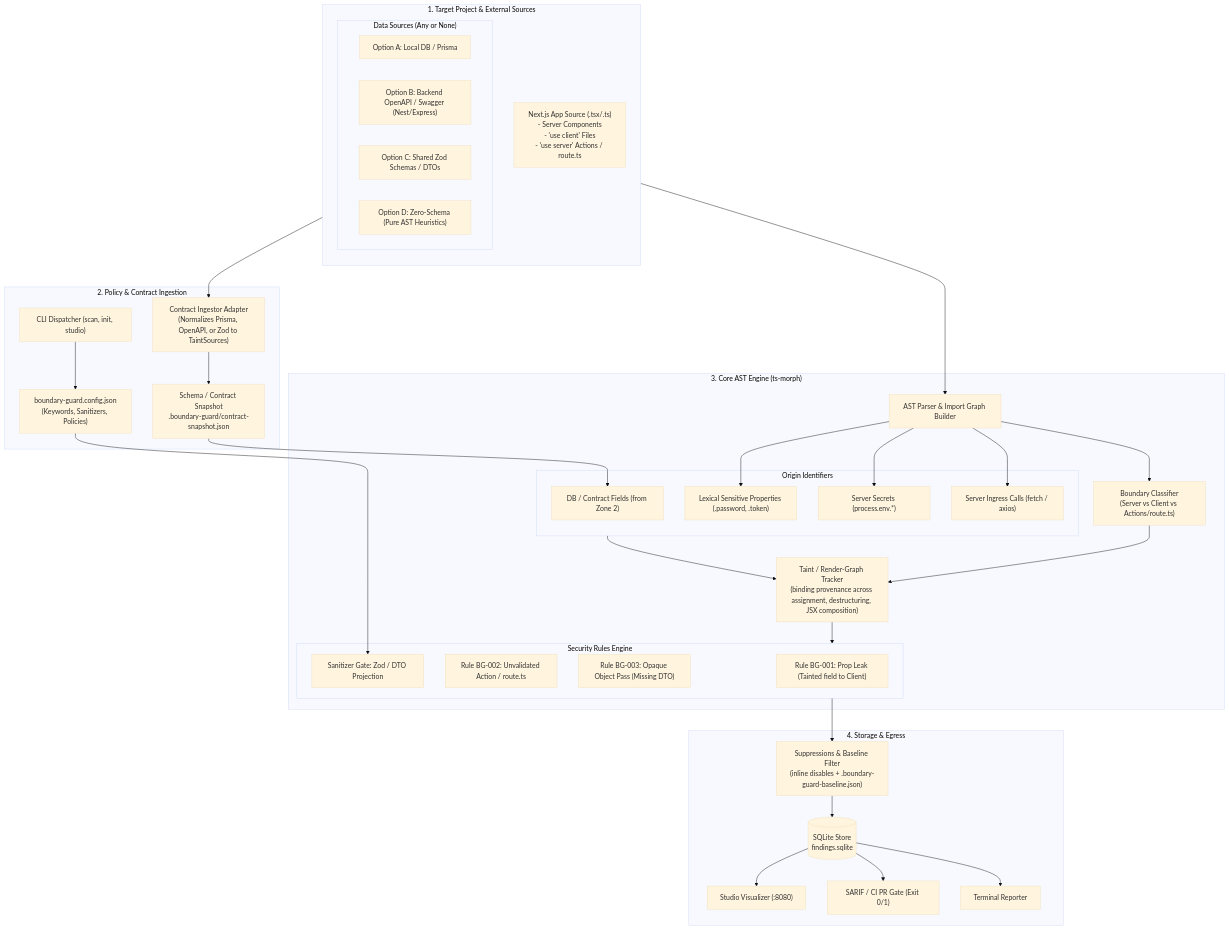
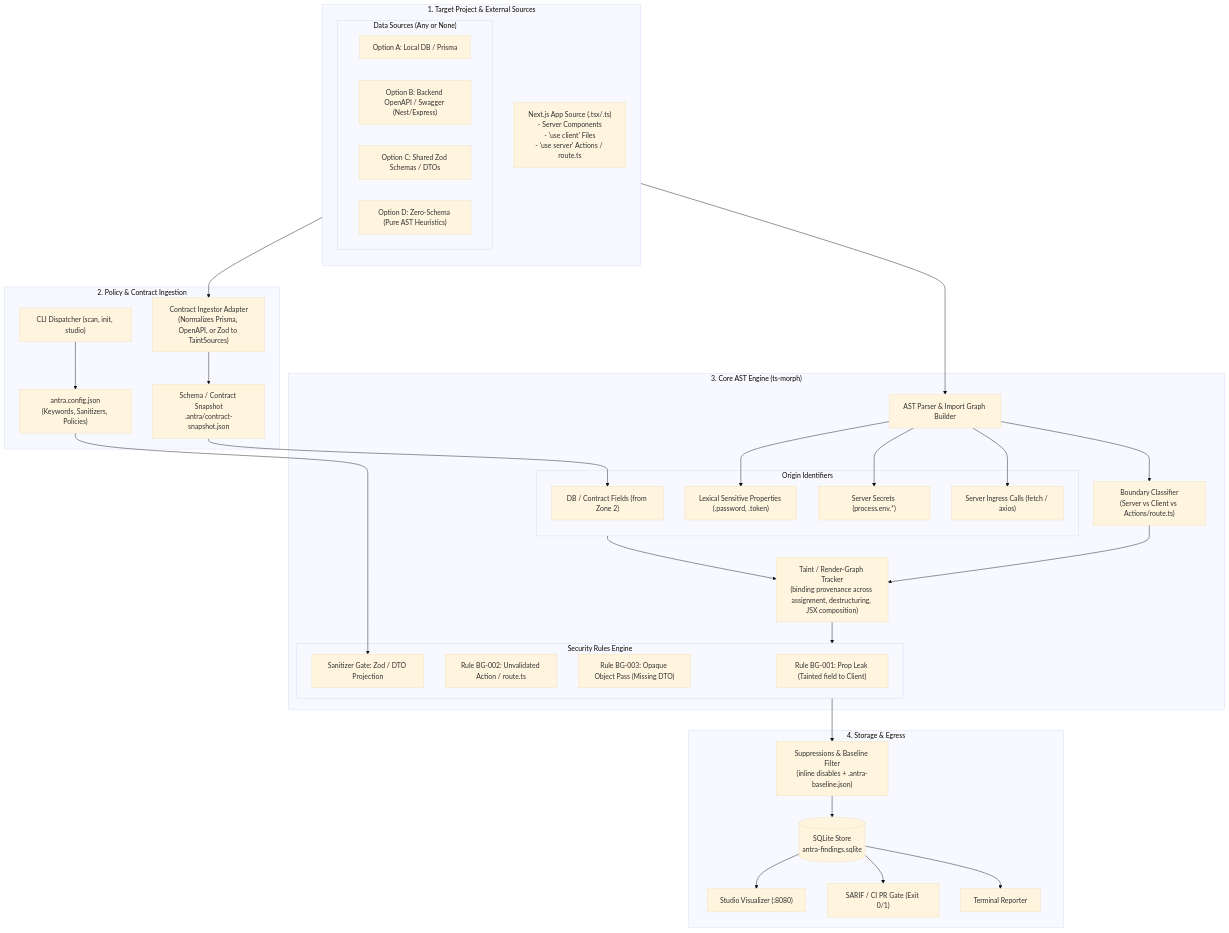
One commit to Ferhatmedtahar/antra-next changed the diagram in docs/c4/system-context.md. Above: the diagram before and after it, drawn with Mermaid. The commit also changed other lines of this file and 221 other files, not shown here.

````diff
--- a/docs/c4/system-context.md
+++ b/docs/c4/system-context.md
@@ -10,65 +10,65 @@
 ```mermaid
 ---
 config:
   theme: base
   layout: dagre
 ---
 flowchart TB
  subgraph Contracts["Data Sources (Any or None)"]
         A2["Option A: Local DB / Prisma"]
         A3["Option B: Backend OpenAPI / Swagger (Nest/Express)"]
         A4["Option C: Shared Zod Schemas / DTOs"]
         A5["Option D: Zero-Schema (Pure AST Heuristics)"]
   end
  subgraph Zone1["1. Target Project & External Sources"]
     direction TB
         A1["Next.js App Source (.tsx/.ts)<br>- Server Components<br>- 'use client' Files<br>- 'use server' Actions / route.ts"]
         Contracts
   end
  subgraph Zone2["2. Policy & Contract Ingestion"]
         B1["CLI Dispatcher (scan, init, studio)"]
-        B2["boundary-guard.config.json<br>(Keywords, Sanitizers, Policies)"]
+        B2["antra.config.json<br>(Keywords, Sanitizers, Policies)"]
         B3["Contract Ingestor Adapter<br>(Normalizes Prisma, OpenAPI, or Zod to TaintSources)"]
-        B4["Schema / Contract Snapshot<br>.boundary-guard/contract-snapshot.json"]
+        B4["Schema / Contract Snapshot<br>.antra/contract-snapshot.json"]
   end
  subgraph TaintSources["Origin Identifiers"]
         S1["DB / Contract Fields (from Zone 2)"]
         S2["Server Ingress Calls (fetch / axios)"]
         S3["Server Secrets (process.env.*)"]
         S4["Lexical Sensitive Properties (.password, .token)"]
   end
  subgraph RulesEngine["Security Rules Engine"]
         R1["Rule BG-001: Prop Leak (Tainted field to Client)"]
         R2["Rule BG-002: Unvalidated Action / route.ts"]
         R3["Rule BG-003: Opaque Object Pass (Missing DTO)"]
         R4["Sanitizer Gate: Zod / DTO Projection"]
   end
  subgraph Zone3["3. Core AST Engine (ts-morph)"]
         C1["AST Parser & Import Graph Builder"]
         C2["Boundary Classifier<br>(Server vs Client vs Actions/route.ts)"]
         P1["Taint / Render-Graph Tracker<br>(binding provenance across assignment, destructuring, JSX composition)"]
         TaintSources
         RulesEngine
   end
  subgraph Zone4["4. Storage & Egress"]
-        E1["Suppressions & Baseline Filter<br>(inline disables + .boundary-guard-baseline.json)"]
-        D1[("SQLite Store<br>findings.sqlite")]
+        E1["Suppressions & Baseline Filter<br>(inline disables + .antra-baseline.json)"]
+        D1[("SQLite Store<br>antra-findings.sqlite")]
         D2["Terminal Reporter"]
         D3["SARIF / CI PR Gate (Exit 0/1)"]
         D4["Studio Visualizer (:8080)"]
   end
     Contracts --> B3
     B3 --> B4
     B4 --> S1
     B1 --> B2
     B2 --> R4
     A1 --> C1
     C1 --> C2
     C1 --> S2 & S3 & S4
     C2 --> P1
     TaintSources --> P1
     P1 --> RulesEngine
     RulesEngine --> E1
     E1 --> D1
     D1 --> D2 & D3 & D4
 ```
````
